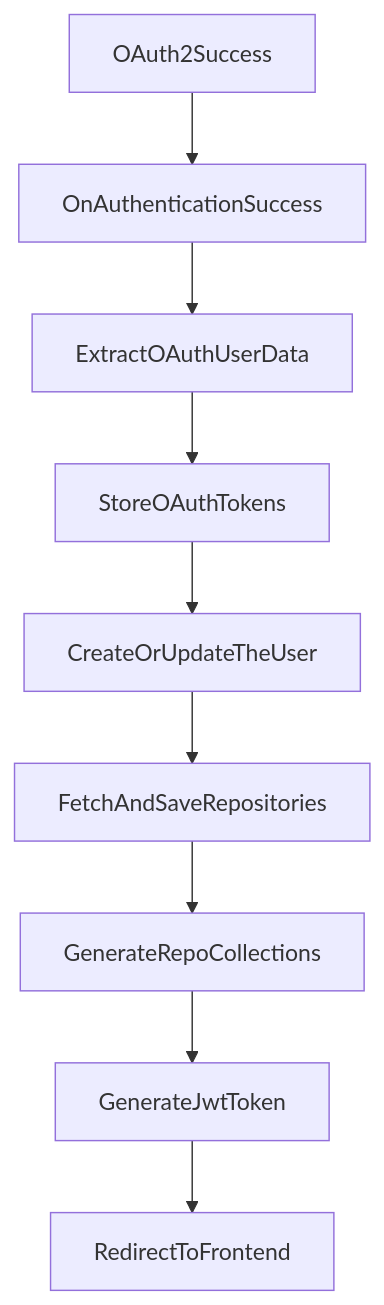
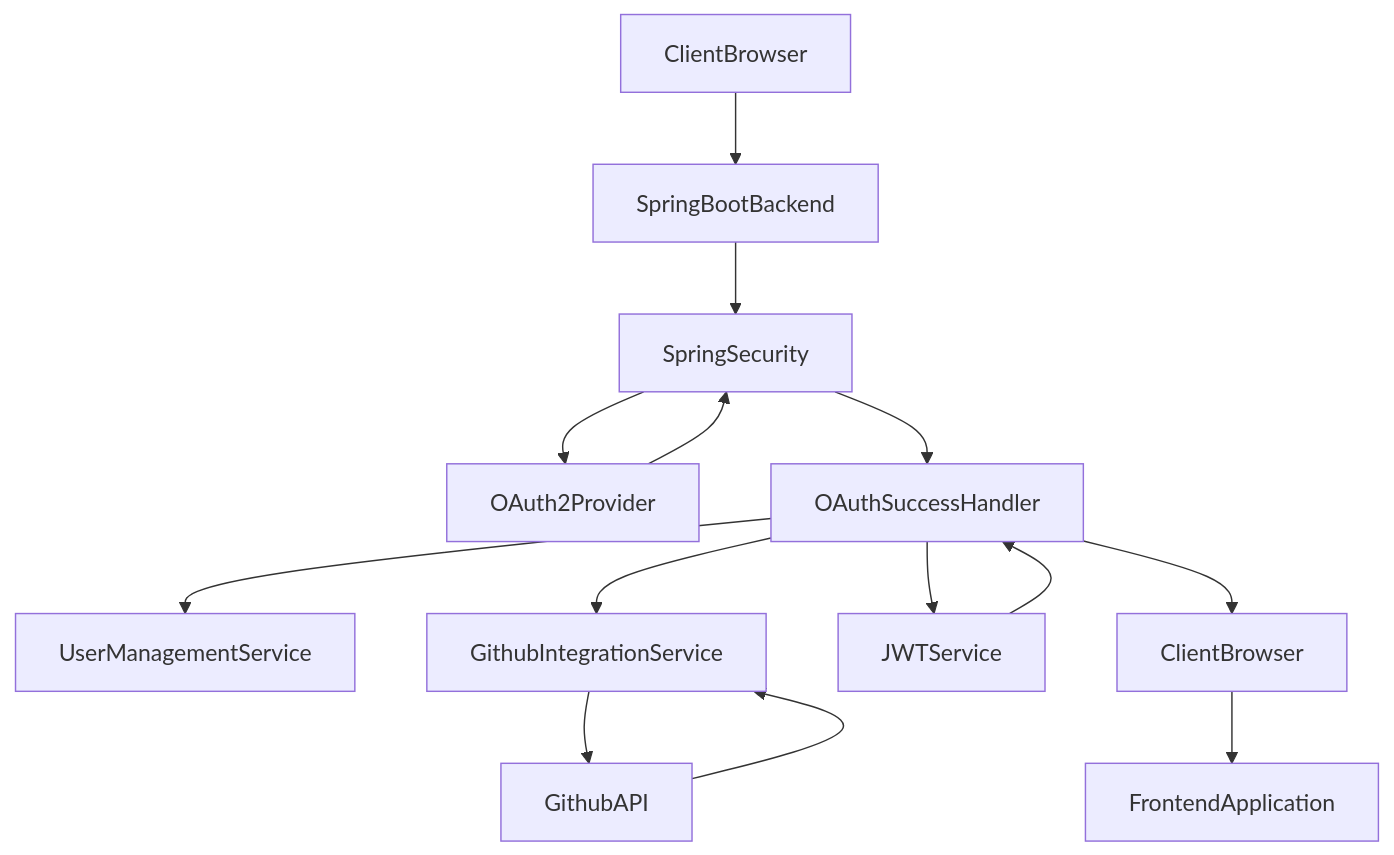
Before and after one commit to test-company-prowiz/Easy-Repo: the diagram in docs/REPOSITORY_OVERVIEW.md, drawn with Mermaid. The commit also changed other lines of this file, not shown here.

````diff
--- a/docs/REPOSITORY_OVERVIEW.md
+++ b/docs/REPOSITORY_OVERVIEW.md
@@ -59,11 +57,16 @@
 ```mermaid
 graph TD
-A[OAuth2Success] --> B[OnAuthenticationSuccess]
-B --> C[ExtractOAuthUserData]
-C --> D[StoreOAuthTokens]
-D --> E[CreateOrUpdateTheUser]
-E --> F[FetchAndSaveRepositories]
-F --> G[GenerateRepoCollections]
-G --> H[GenerateJwtToken]
-H --> I[RedirectToFrontend]
+A[ClientBrowser] --> B[SpringBootBackend]
+B --> C[SpringSecurity]
+C --> D[OAuth2Provider]
+D --> C
+C --> E[OAuthSuccessHandler]
+E --> F[UserManagementService]
+E --> G[GithubIntegrationService]
+G --> H[GithubAPI]
+H --> G
+E --> I[JWTService]
+I --> E
+E --> J[ClientBrowser]
+J --> K[FrontendApplication]
 ```
````
